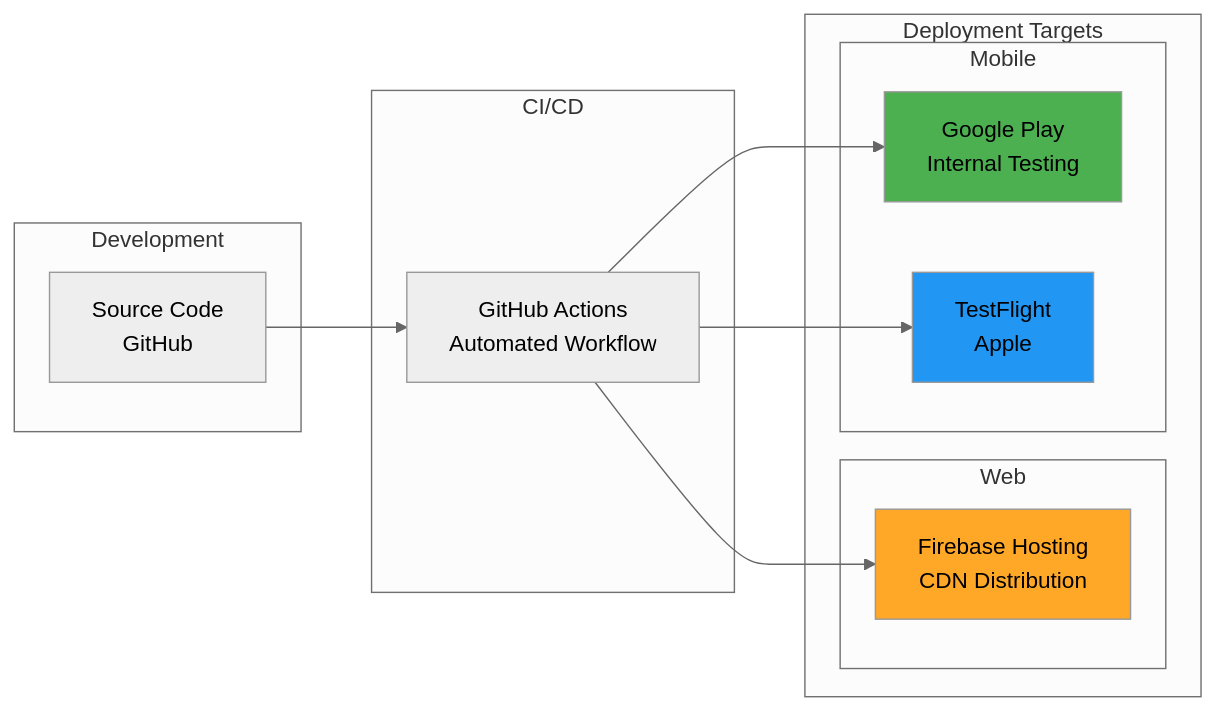
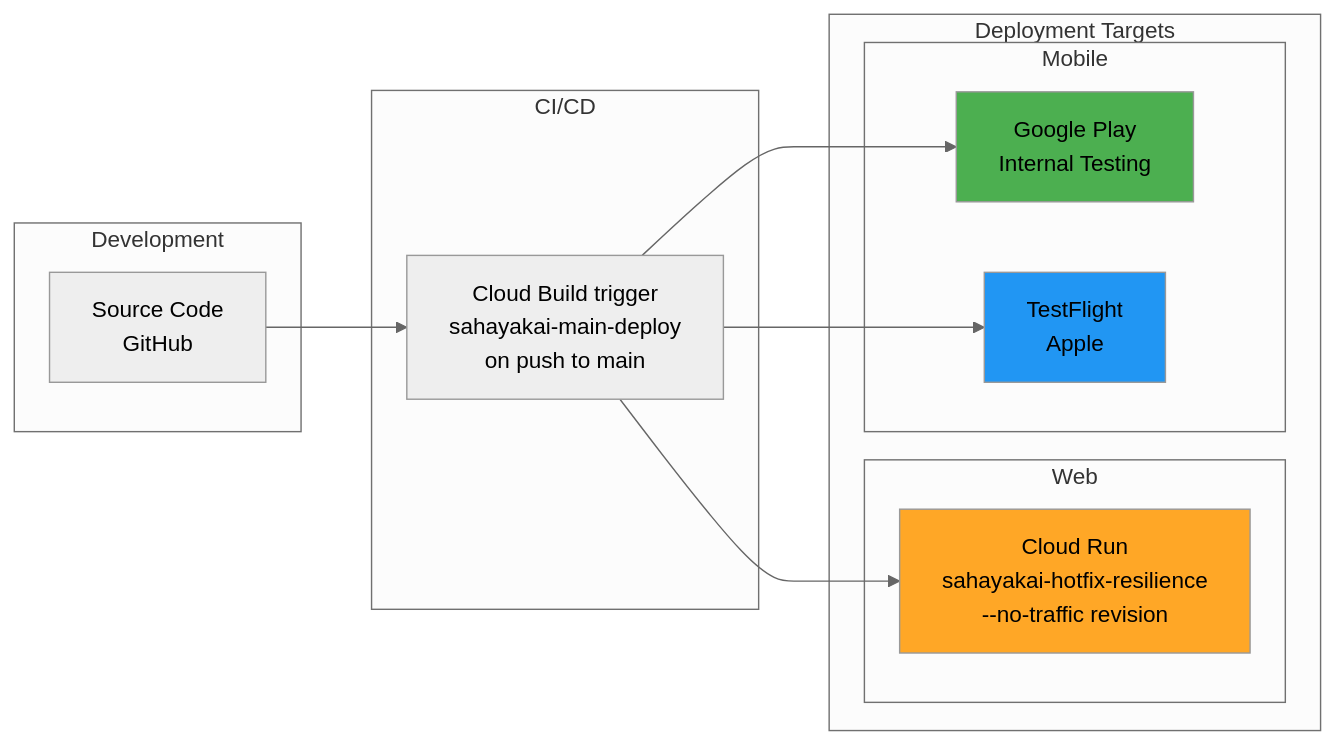
One commit to sargupta/sahayakai changed the sixth of 8 diagrams in sahayakai-main/docs/architecture/SOLUTION_ARCHITECTURE.md. Above: the diagram before and after it, drawn with Mermaid (neutral theme). The commit also changed other lines of this file and 113 other files, not shown here.

````diff
--- a/sahayakai-main/docs/architecture/SOLUTION_ARCHITECTURE.md
+++ b/sahayakai-main/docs/architecture/SOLUTION_ARCHITECTURE.md
@@ -379,30 +372,30 @@
 ```mermaid
 graph LR
     subgraph "Development"
         DEV_CODE[Source Code<br/>GitHub]
     end
 
     subgraph "CI/CD"
-        BUILD[GitHub Actions<br/>Automated Workflow]
+        BUILD[Cloud Build trigger<br/>sahayakai-main-deploy<br/>on push to main]
     end
 
     subgraph "Deployment Targets"
         subgraph "Web"
-            FIREBASE_HOST[Firebase Hosting<br/>CDN Distribution]
+            CLOUDRUN_DEP[Cloud Run<br/>sahayakai-hotfix-resilience<br/>--no-traffic revision]
         end
         
         subgraph "Mobile"
             ANDROID[Google Play<br/>Internal Testing]
             IOS[TestFlight<br/>Apple]
         end
     end
 
     DEV_CODE --> BUILD
-    BUILD --> FIREBASE_HOST
+    BUILD --> CLOUDRUN_DEP
     BUILD --> ANDROID
     BUILD --> IOS
 
-    style FIREBASE_HOST fill:#ffa726
+    style CLOUDRUN_DEP fill:#ffa726
     style ANDROID fill:#4caf50
     style IOS fill:#2196f3
 ```
````
